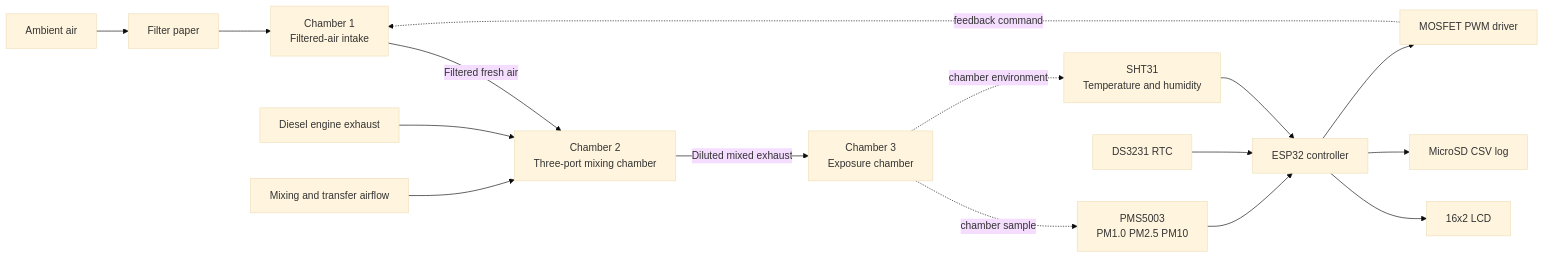
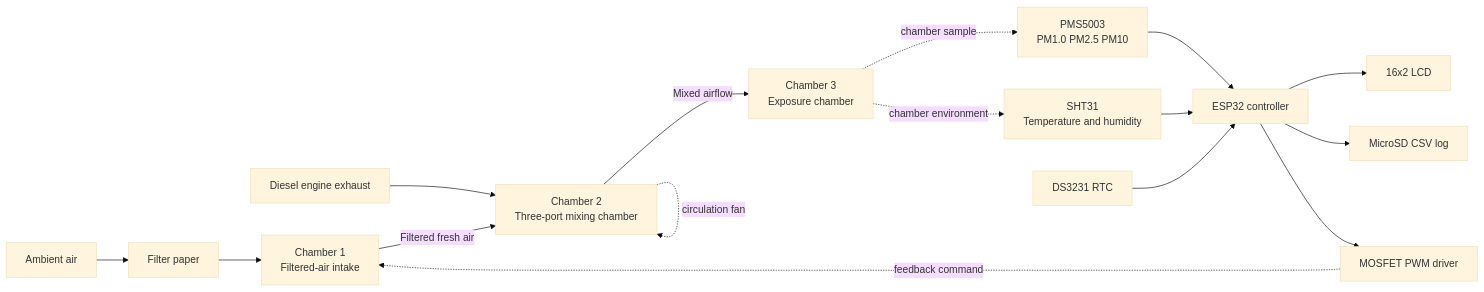
The diagram in README.md (itzsam10/Urban-air-pollution-controller), drawn with Mermaid (base theme) before and after one commit. The commit also changed other lines of this file, not shown here.

````diff
--- a/README.md
+++ b/README.md
@@ -23,18 +22,18 @@
 ```mermaid
 flowchart LR
     A[Ambient air] --> B[Filter paper]
     B --> C[Chamber 1\nFiltered-air intake]
     D[Diesel engine exhaust] --> E[Chamber 2\nThree-port mixing chamber]
     C -->|Filtered fresh air| E
-    F[Mixing and transfer airflow] --> E
-    E -->|Diluted mixed exhaust| G[Chamber 3\nExposure chamber]
+    E -->|Mixed airflow| G[Chamber 3\nExposure chamber]
+    E -. circulation fan .-> E
     G -. chamber sample .-> H[PMS5003\nPM1.0 PM2.5 PM10]
     G -. chamber environment .-> I[SHT31\nTemperature and humidity]
     H --> J[ESP32 controller]
     I --> J
     K[DS3231 RTC] --> J
     J --> L[16x2 LCD]
     J --> M[MicroSD CSV log]
     J --> N[MOSFET PWM driver]
     N -. feedback command .-> C
 ```
````
